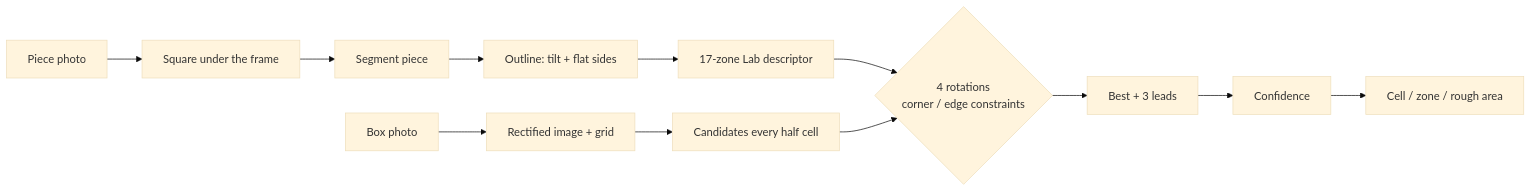
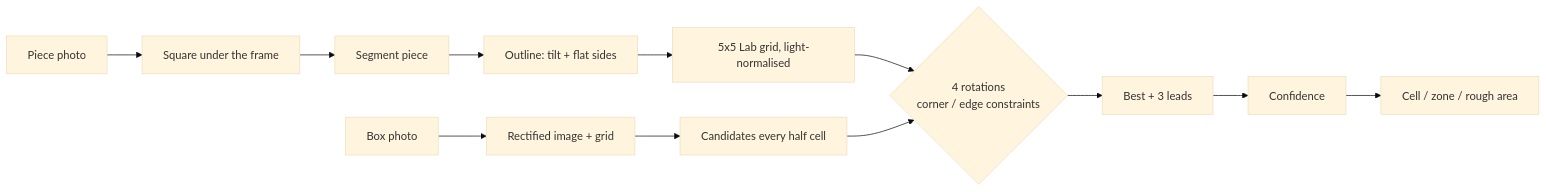
One commit to LilyanLefevre/PuzzleHelper changed the first of 2 diagrams in README.md. Above: the diagram before and after it, drawn with Mermaid (base theme). The commit also changed other lines of this file and 6 other files, not shown here.

Commit message:
docs: grid descriptor, lighting normalisation, real-photo results

````diff
--- a/README.md
+++ b/README.md
@@ -28,9 +28,9 @@
 ```mermaid
 flowchart LR
   A[Box photo] --> B[Rectified image + grid]
-  P[Piece photo] --> C[Square under the frame] --> D[Segment piece] --> O[Outline: tilt + flat sides] --> E[17-zone Lab descriptor]
+  P[Piece photo] --> C[Square under the frame] --> D[Segment piece] --> O[Outline: tilt + flat sides] --> E[5x5 Lab grid, light-normalised]
   B --> F[Candidates every half cell]
   E --> G{4 rotations<br/>corner / edge constraints}
   F --> G --> H[Best + 3 leads] --> I[Confidence]
   I --> J[Cell / zone / rough area]
 ```
````
